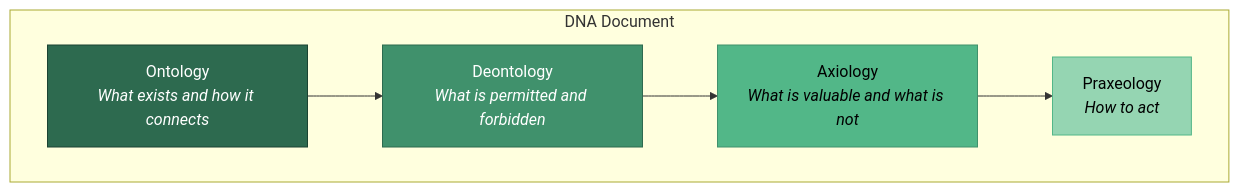
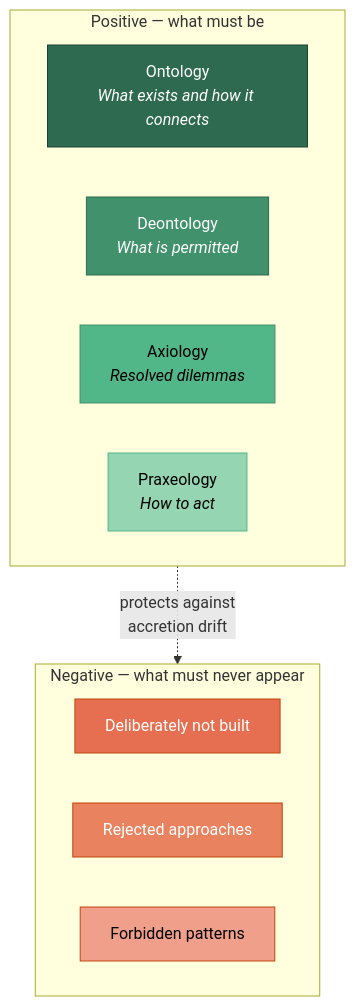
Before and after one commit to SizovOleg/project-dna: the third of 6 diagrams in README.md, drawn with Mermaid. The commit also changed other lines of this file and 9 other files, not shown here.

````diff
--- a/README.md
+++ b/README.md
@@ -93,16 +136,24 @@
 ```mermaid
 graph TB
-    subgraph DNA["DNA Document"]
+    subgraph POS["Positive — what must be"]
         ONT["Ontology<br/><i>What exists and how it connects</i>"]
-        DEO["Deontology<br/><i>What is permitted and forbidden</i>"]
-        AXI["Axiology<br/><i>What is valuable and what is not</i>"]
+        DEO["Deontology<br/><i>What is permitted</i>"]
+        AXI["Axiology<br/><i>Resolved dilemmas</i>"]
         PRA["Praxeology<br/><i>How to act</i>"]
     end
-    
-    ONT --> DEO --> AXI --> PRA
+    subgraph NEG["Negative — what must never appear"]
+        NDO["Deliberately not built"]
+        NRE["Rejected approaches"]
+        NPA["Forbidden patterns"]
+    end
+
+    POS -.->|"protects against<br/>accretion drift"| NEG
 
     style ONT fill:#2d6a4f,stroke:#1b4332,color:#fff
     style DEO fill:#40916c,stroke:#2d6a4f,color:#fff
     style AXI fill:#52b788,stroke:#40916c,color:#000
     style PRA fill:#95d5b2,stroke:#52b788,color:#000
+    style NDO fill:#e76f51,stroke:#c1440e,color:#fff
+    style NRE fill:#e9825f,stroke:#c1440e,color:#fff
+    style NPA fill:#f0a08a,stroke:#c1440e,color:#000
 ```
````
